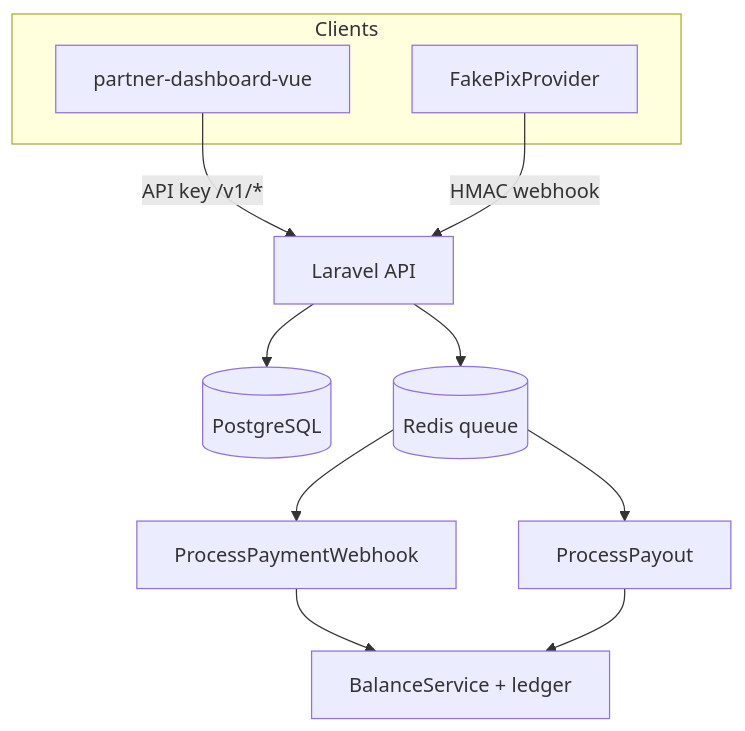
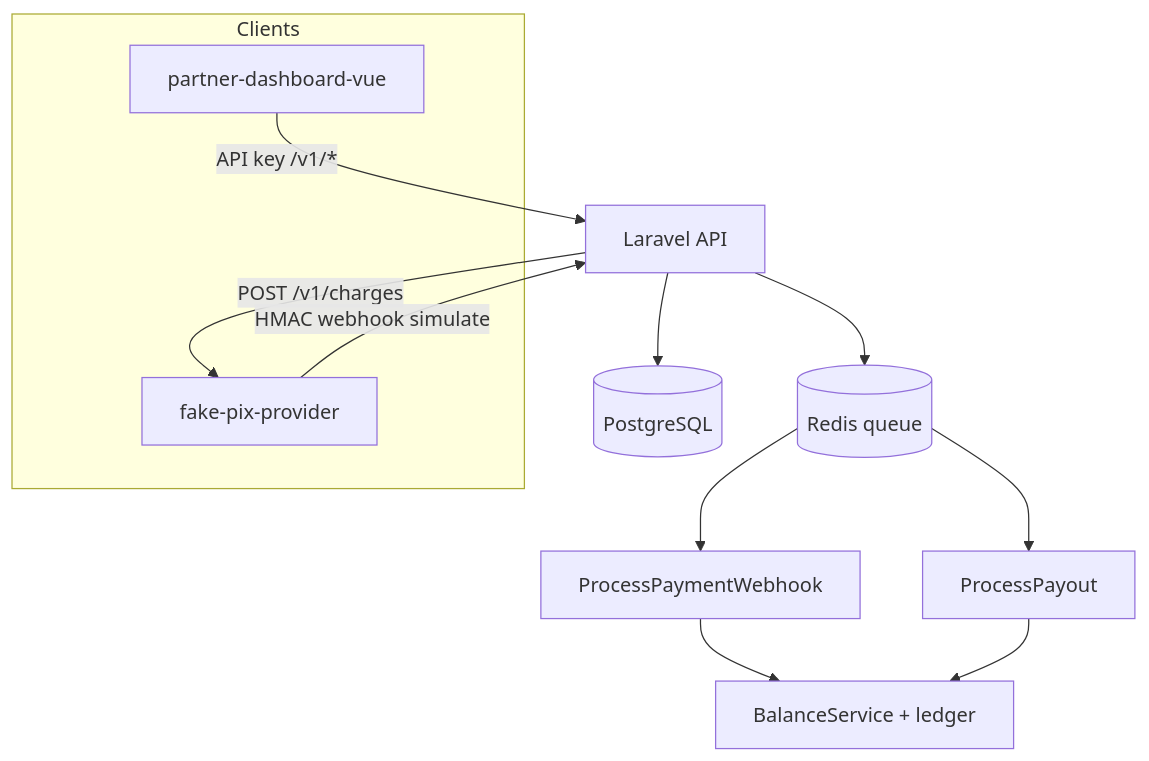
The diagram in README.md (MatGoncal/pix-wallet-api), drawn with Mermaid before and after one commit. The commit also changed other lines of this file and 12 other files, not shown here.

First line of the commit message:
Make FakePixProvider an HTTP client of the Go PSP.

````diff
--- a/README.md
+++ b/README.md
@@ -11,19 +11,20 @@
 ```mermaid
 flowchart TB
   subgraph clients [Clients]
     Vue["partner-dashboard-vue"]
-    Provider["FakePixProvider"]
+    Go["fake-pix-provider"]
   end
 
   Vue -->|"API key /v1/*"| API["Laravel API"]
-  Provider -->|"HMAC webhook"| API
+  API -->|"POST /v1/charges"| Go
+  Go -->|"HMAC webhook simulate"| API
 
   API --> PG[(PostgreSQL)]
   API --> Redis[(Redis queue)]
 
   Redis --> WH["ProcessPaymentWebhook"]
   Redis --> PO["ProcessPayout"]
 
   WH --> Bal["BalanceService + ledger"]
   PO --> Bal
 ```
````
